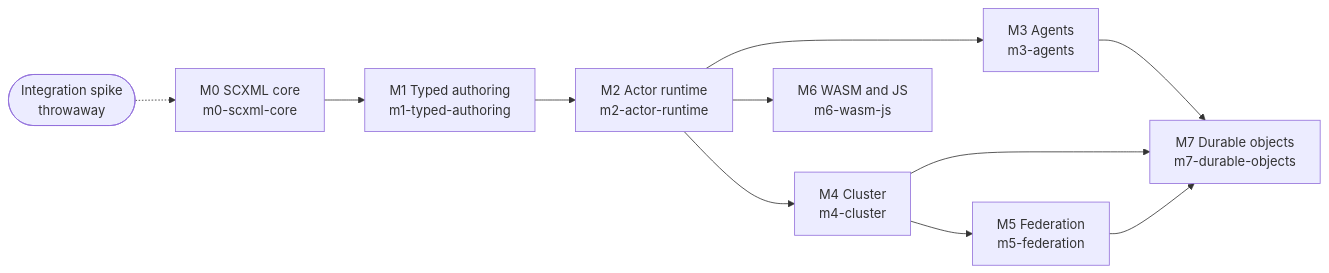
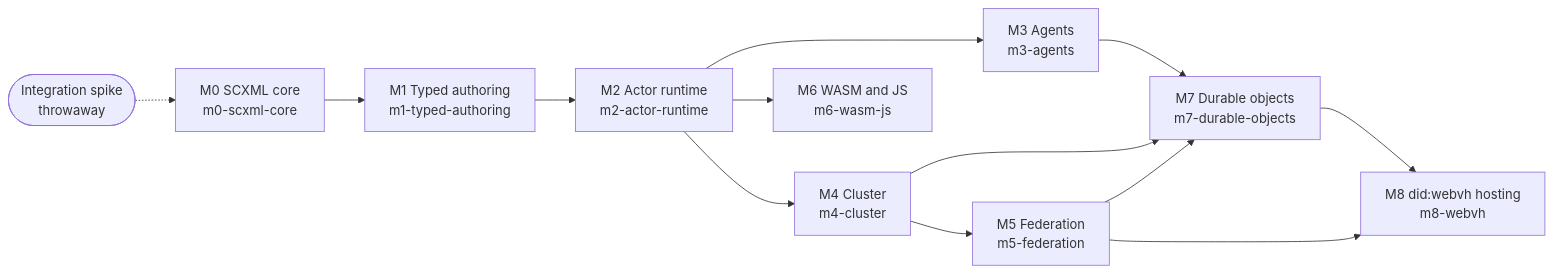
Before and after one commit to Volland/vertep: the diagram in tg.md/roadmap.md, drawn with Mermaid. The commit also changed other lines of this file and 79 other files, not shown here.

First line of the commit message:
M8: did:webvh authoring, custodian witnesses, publishing and serving

````diff
--- a/tg.md/roadmap.md
+++ b/tg.md/roadmap.md
@@ -9,13 +9,15 @@
 ```mermaid
 flowchart LR
     M0["M0 SCXML core<br/>m0-scxml-core"] --> M1["M1 Typed authoring<br/>m1-typed-authoring"]
     M1 --> M2["M2 Actor runtime<br/>m2-actor-runtime"]
     M2 --> M3["M3 Agents<br/>m3-agents"]
     M2 --> M4["M4 Cluster<br/>m4-cluster"]
     M4 --> M5["M5 Federation<br/>m5-federation"]
     M2 --> M6["M6 WASM and JS<br/>m6-wasm-js"]
     M3 --> M7["M7 Durable objects<br/>m7-durable-objects"]
     M4 --> M7
     M5 --> M7
+    M7 --> M8["M8 did:webvh hosting<br/>m8-webvh"]
+    M5 --> M8
     S(["Integration spike<br/>throwaway"]) -.-> M0
 ```
````
